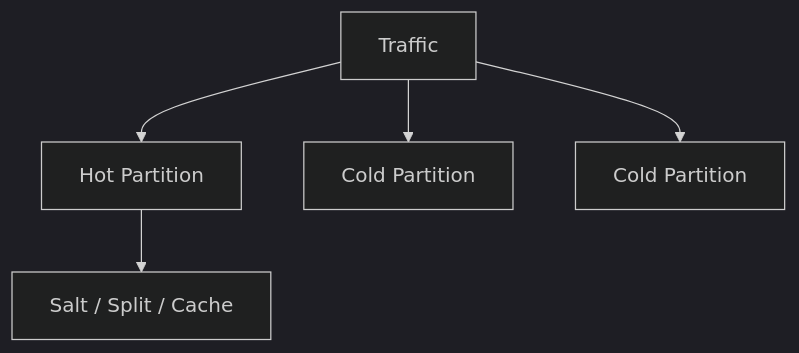
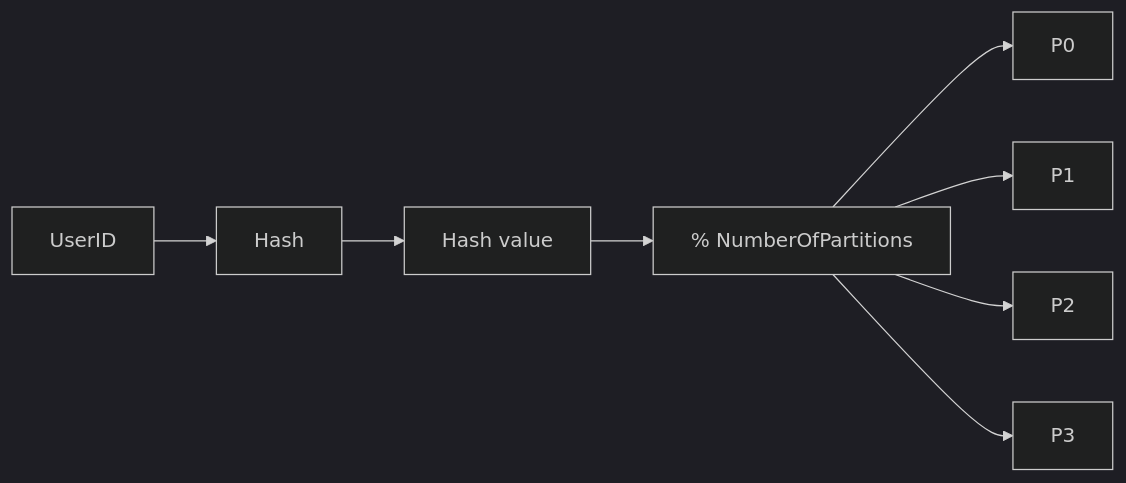
One commit to hareramcse/SystemDesign changed the eighth of 44 diagrams in 05-distributed-databases/README.md. Above: the diagram before and after it, drawn with Mermaid (dark theme). The commit also changed other lines of this file, not shown here.

````diff
--- a/05-distributed-databases/README.md
+++ b/05-distributed-databases/README.md
@@ -582,7 +557,8 @@
 ```mermaid
-flowchart TB
-    Traffic[Traffic] --> Hot[Hot Partition]
-    Traffic --> Cold1[Cold Partition]
-    Traffic --> Cold2[Cold Partition]
-    Hot --> Mitigate[Salt / Split / Cache]
+flowchart LR
+    UID[UserID] --> Hash[Hash] --> HV[Hash value] --> Mod["% NumberOfPartitions"]
+    Mod --> P0[P0]
+    Mod --> P1[P1]
+    Mod --> P2[P2]
+    Mod --> P3[P3]
 ```
````
